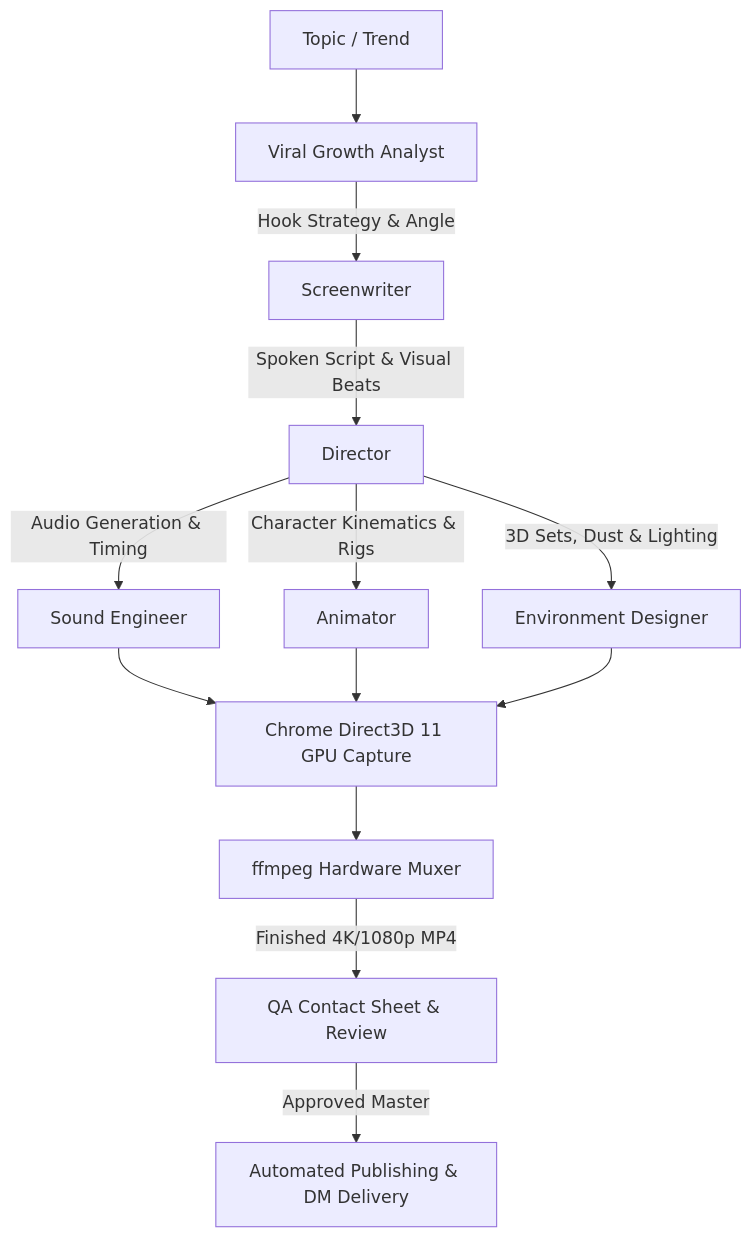
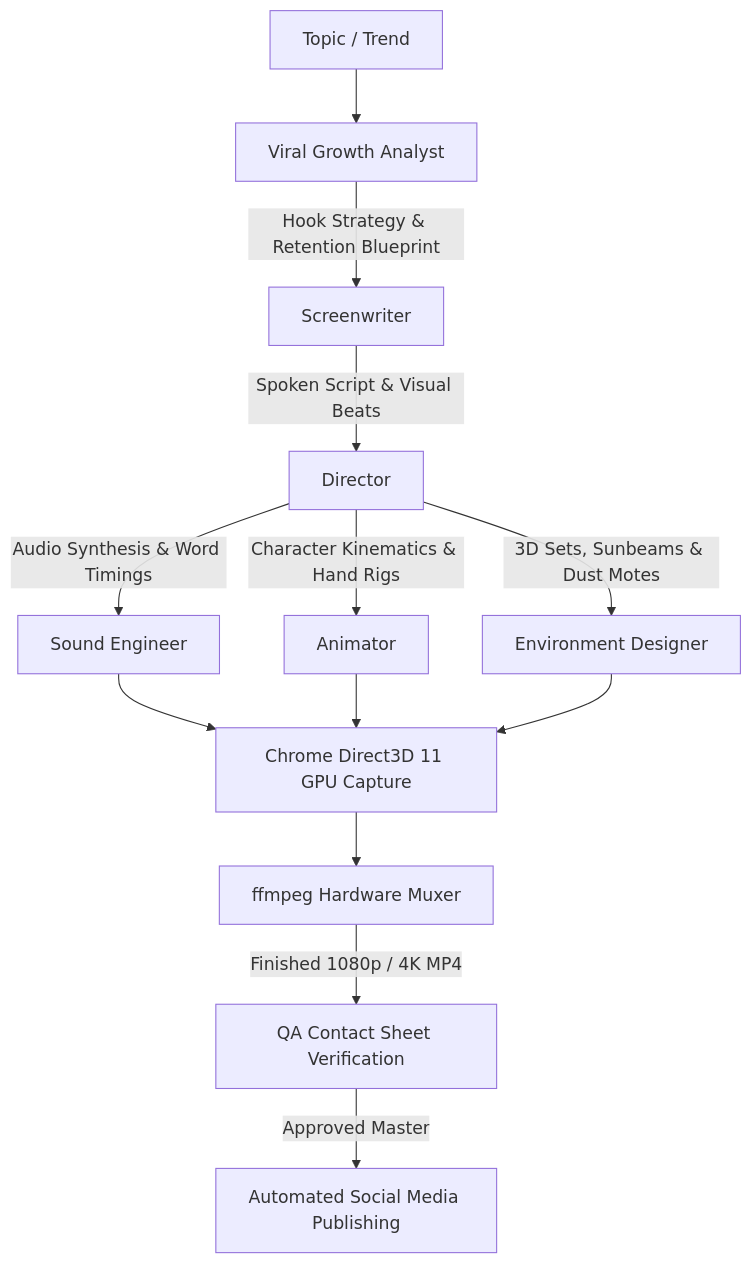
One commit to Danyal-Ahmad/faceless-short-standalone changed the diagram in README.md. Above: the diagram before and after it, drawn with Mermaid. The commit also changed other lines of this file and 2 other files, not shown here.

````diff
--- a/README.md
+++ b/README.md
@@ -67,15 +104,15 @@
 ```mermaid
 flowchart TD
     A[Topic / Trend] --> B[Viral Growth Analyst]
-    B -->|Hook Strategy & Angle| C[Screenwriter]
+    B -->|Hook Strategy & Retention Blueprint| C[Screenwriter]
     C -->|Spoken Script & Visual Beats| D[Director]
-    D -->|Audio Generation & Timing| E[Sound Engineer]
-    D -->|Character Kinematics & Rigs| F[Animator]
-    D -->|3D Sets, Dust & Lighting| G[Environment Designer]
+    D -->|Audio Synthesis & Word Timings| E[Sound Engineer]
+    D -->|Character Kinematics & Hand Rigs| F[Animator]
+    D -->|3D Sets, Sunbeams & Dust Motes| G[Environment Designer]
     E --> H[Chrome Direct3D 11 GPU Capture]
     F --> H
     G --> H
     H --> I[ffmpeg Hardware Muxer]
-    I -->|Finished 4K/1080p MP4| J[QA Contact Sheet & Review]
-    J -->|Approved Master| K[Automated Publishing & DM Delivery]
+    I -->|Finished 1080p / 4K MP4| J[QA Contact Sheet Verification]
+    J -->|Approved Master| K[Automated Social Media Publishing]
 ```
````
